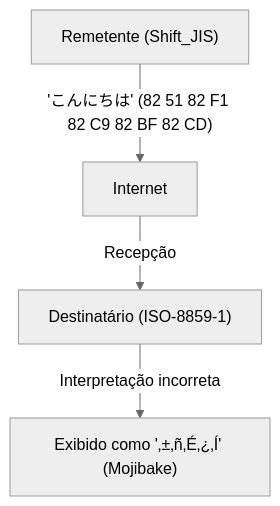
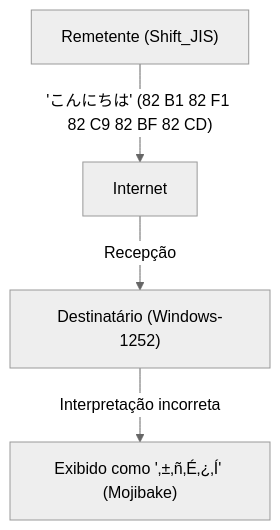
Before and after one commit to kenjinote/blog: the first of 2 diagrams in content/post/history-of-unicode-encoding/index.pt.md, drawn with Mermaid (neutral theme). The commit also changed other lines of this file and 21 other files, not shown here.

````diff
--- a/content/post/history-of-unicode-encoding/index.pt.md
+++ b/content/post/history-of-unicode-encoding/index.pt.md
@@ -34,6 +35,6 @@
 ```mermaid
 graph TD
-    A["Remetente (Shift_JIS)"] -- "'こんにちは' (82 51 82 F1 82 C9 82 BF 82 CD)" --> B["Internet"]
-    B -- "Recepção" --> C["Destinatário (ISO-8859-1)"]
+    A["Remetente (Shift_JIS)"] -- "'こんにちは' (82 B1 82 F1 82 C9 82 BF 82 CD)" --> B["Internet"]
+    B -- "Recepção" --> C["Destinatário (Windows-1252)"]
     C -- "Interpretação incorreta" --> D["Exibido como '‚±‚ñ‚É‚¿‚Í' (Mojibake)"]
 ```
````
